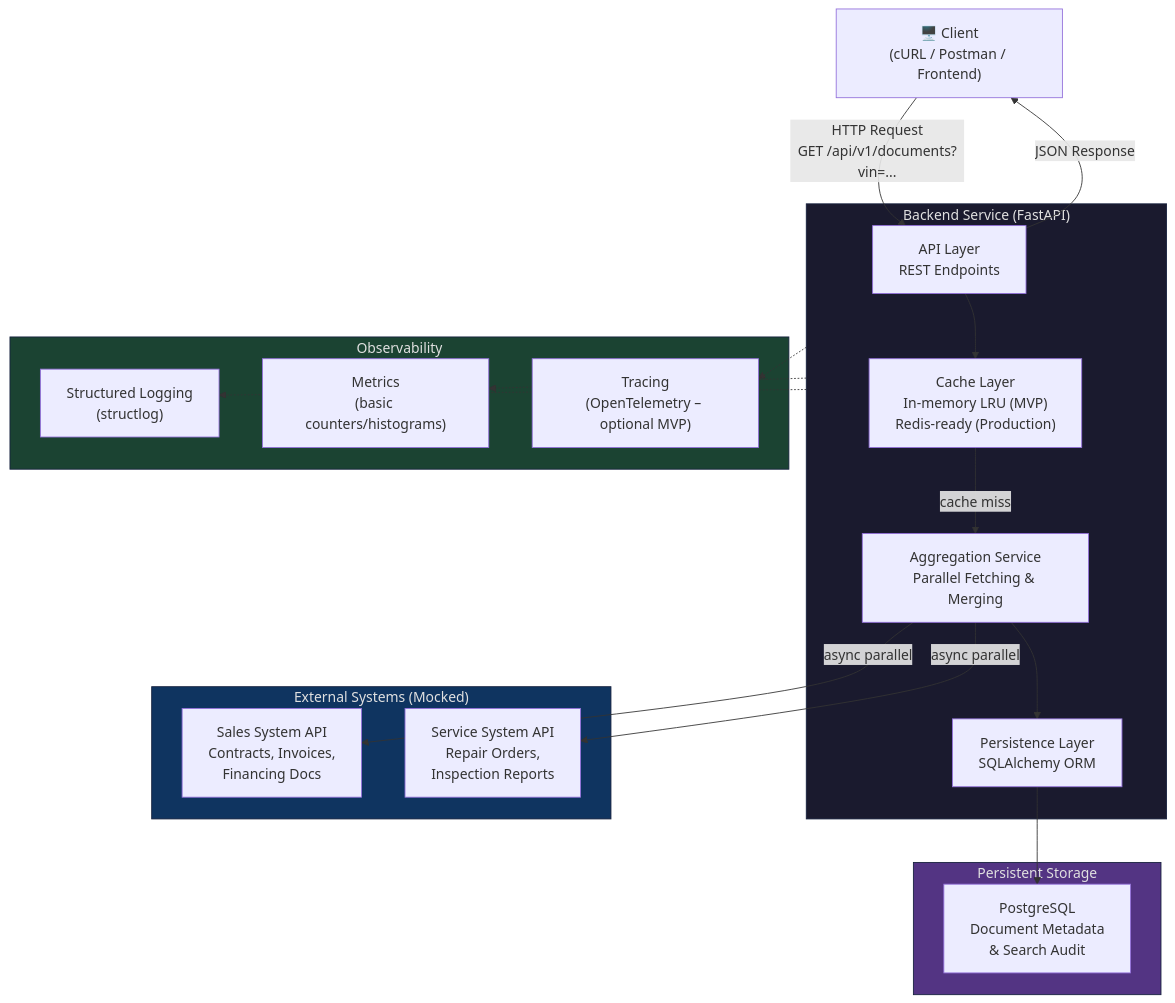
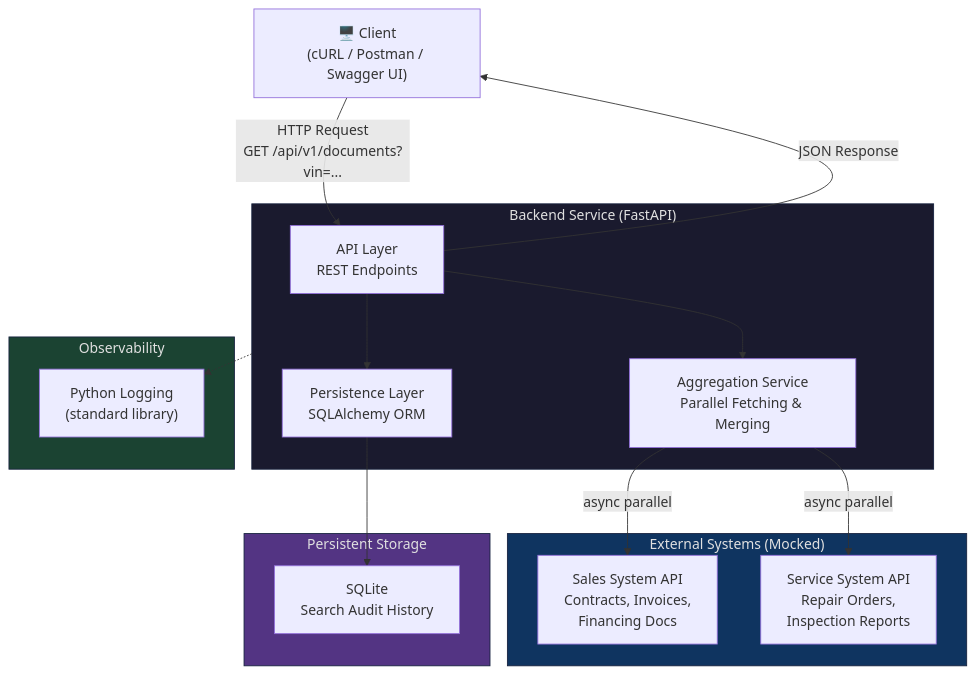
The first of 4 diagrams in docs/SYSTEM_DESIGN.md (Hodnduy/unified-document-viewer), drawn with Mermaid before and after one commit. The commit also changed other lines of this file and 11 other files, not shown here.

Commit message:
feat: complete unified document viewer backend

````diff
--- a/docs/SYSTEM_DESIGN.md
+++ b/docs/SYSTEM_DESIGN.md
@@ -46,44 +46,38 @@
 ```mermaid
 graph TB
-    Client["🖥️ Client<br/>(cURL / Postman / Frontend)"]
+    Client["🖥️ Client<br/>(cURL / Postman / Swagger UI)"]
 
     subgraph Backend["Backend Service (FastAPI)"]
         API["API Layer<br/>REST Endpoints"]
         AGG["Aggregation Service<br/>Parallel Fetching & Merging"]
-        CACHE["Cache Layer<br/>In-memory LRU (MVP)<br/>Redis-ready (Production)"]
         DB["Persistence Layer<br/>SQLAlchemy ORM"]
     end
 
     subgraph External["External Systems (Mocked)"]
         SALES["Sales System API<br/>Contracts, Invoices,<br/>Financing Docs"]
         SERVICE["Service System API<br/>Repair Orders,<br/>Inspection Reports"]
     end
 
     subgraph Storage["Persistent Storage"]
-        PG["PostgreSQL<br/>Document Metadata<br/>& Search Audit"]
+        SQLITE["SQLite<br/>Search Audit History"]
     end
 
     subgraph Observability["Observability"]
-        LOG["Structured Logging<br/>(structlog)"]
-        METRICS["Metrics<br/>(basic counters/histograms)"]
-        TRACE["Tracing<br/>(OpenTelemetry – optional MVP)"]
+        LOG["Python Logging<br/>(standard library)"]
     end
 
     Client -->|"HTTP Request<br/>GET /api/v1/documents?vin=..."| API
-    API --> CACHE
-    CACHE -->|"cache miss"| AGG
+    API --> AGG
     AGG -->|"async parallel"| SALES
     AGG -->|"async parallel"| SERVICE
-    AGG --> DB
-    DB --> PG
+    API --> DB
+    DB --> SQLITE
     API -->|"JSON Response"| Client
 
     Backend -.-> LOG
-    Backend -.-> METRICS
-    Backend -.-> TRACE
 
     style Backend fill:#1a1a2e,stroke:#16213e,color:#e0e0e0
     style External fill:#0f3460,stroke:#16213e,color:#e0e0e0
     style Storage fill:#533483,stroke:#16213e,color:#e0e0e0
     style Observability fill:#1b4332,stroke:#16213e,color:#e0e0e0
 ```
````
